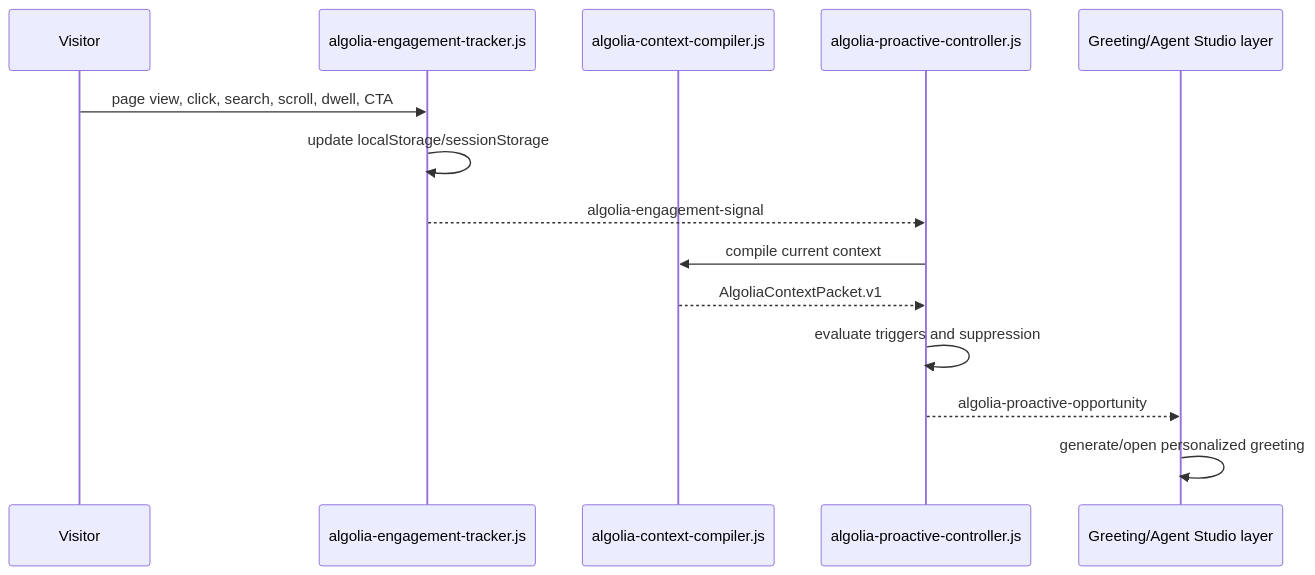
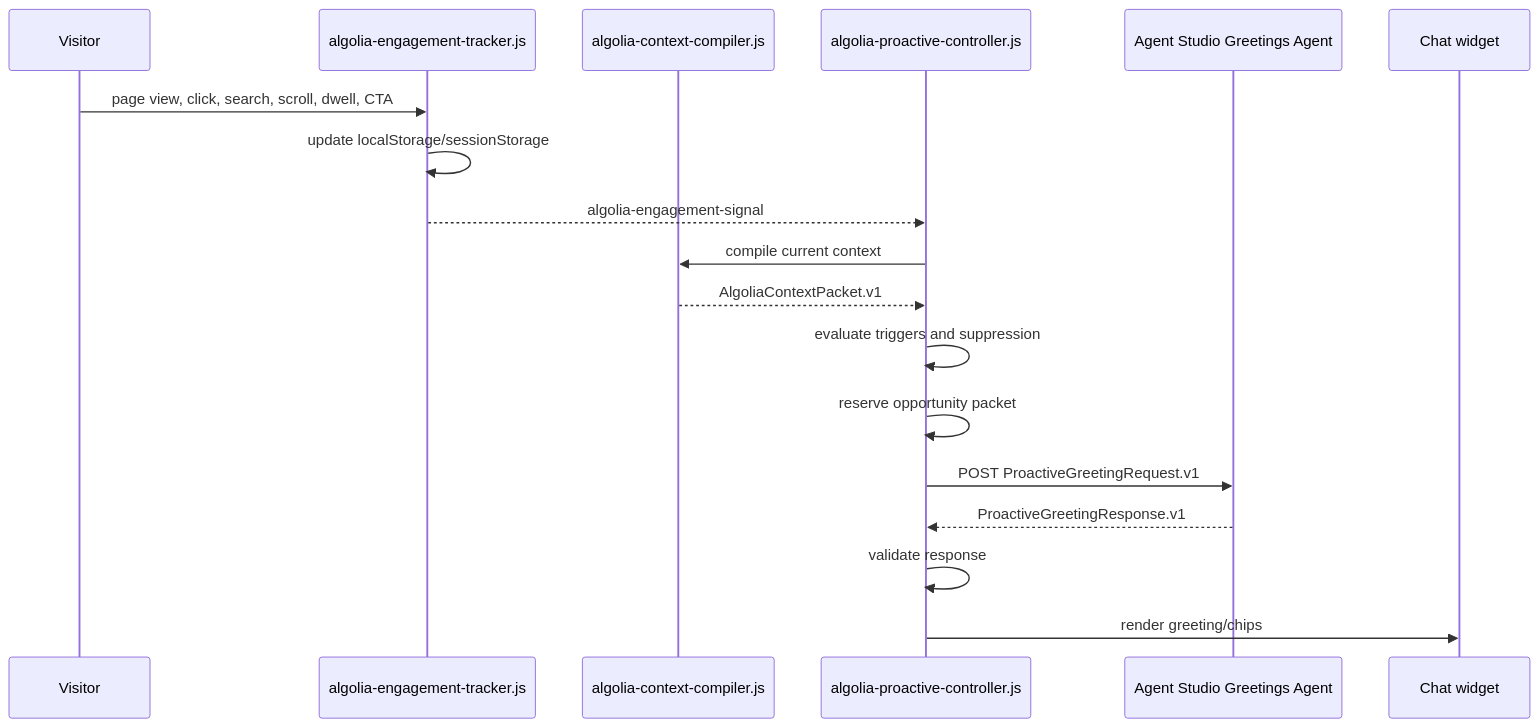
Before and after one commit to arijitchowdhury80/content-engagement: the diagram in docs/design/search-experience/discovery-engagement/ALGOLIA-PROACTIVE-CONTROLLER.md, drawn with Mermaid. The commit also changed other lines of this file and 5 other files, not shown here.

Commit message:
Correct proactive greeting runtime split

````diff
--- a/docs/design/search-experience/discovery-engagement/ALGOLIA-PROACTIVE-CONTROLLER.md
+++ b/docs/design/search-experience/discovery-engagement/ALGOLIA-PROACTIVE-CONTROLLER.md
@@ -122,16 +195,20 @@
 ```mermaid
 sequenceDiagram
   participant Visitor
   participant Tracker as algolia-engagement-tracker.js
   participant Compiler as algolia-context-compiler.js
   participant Controller as algolia-proactive-controller.js
-  participant Greeting as Greeting/Agent Studio layer
+  participant Greeting as Agent Studio Greetings Agent
+  participant Widget as Chat widget
   Visitor->>Tracker: page view, click, search, scroll, dwell, CTA
   Tracker->>Tracker: update localStorage/sessionStorage
   Tracker-->>Controller: algolia-engagement-signal
   Controller->>Compiler: compile current context
   Compiler-->>Controller: AlgoliaContextPacket.v1
   Controller->>Controller: evaluate triggers and suppression
-  Controller-->>Greeting: algolia-proactive-opportunity
-  Greeting->>Greeting: generate/open personalized greeting
+  Controller->>Controller: reserve opportunity packet
+  Controller->>Greeting: POST ProactiveGreetingRequest.v1
+  Greeting-->>Controller: ProactiveGreetingResponse.v1
+  Controller->>Controller: validate response
+  Controller->>Widget: render greeting/chips
 ```
````
